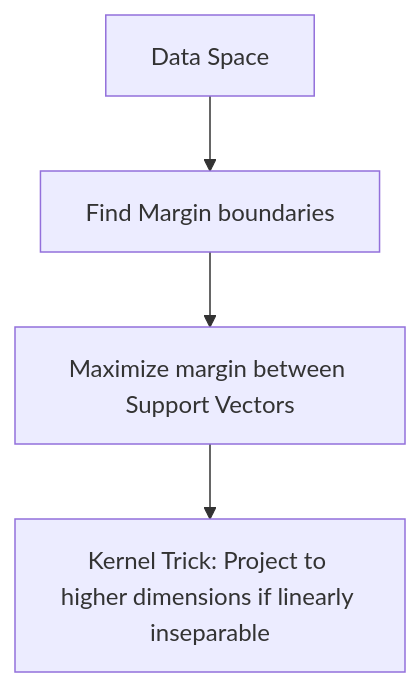
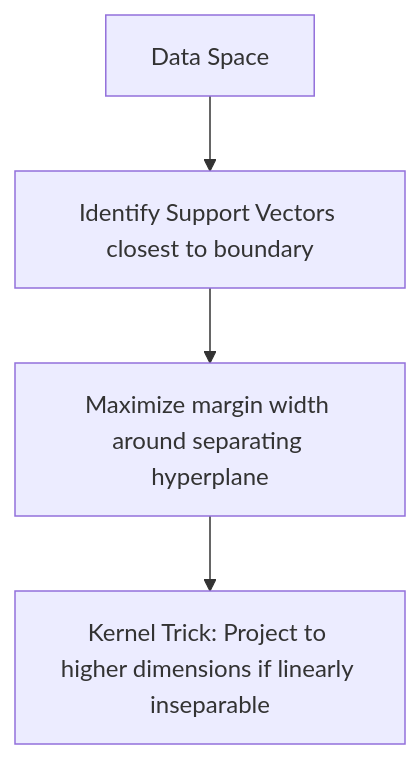
The eighth of 12 diagrams in README.md (vdonthireddy/ai-course), drawn with Mermaid before and after one commit. The commit also changed other lines of this file and 1 other file, not shown here.

Commit message:
Enhance Module 4 with comprehensive classification models theory, concrete examples, and decision boundaries diagram

````diff
--- a/README.md
+++ b/README.md
@@ -386,6 +435,6 @@
 ```mermaid
 graph TD
-    A[Data Space] --> B[Find Margin boundaries]
-    B --> C[Maximize margin between Support Vectors]
+    A[Data Space] --> B[Identify Support Vectors closest to boundary]
+    B --> C[Maximize margin width around separating hyperplane]
     C --> D[Kernel Trick: Project to higher dimensions if linearly inseparable]
 ```
````
